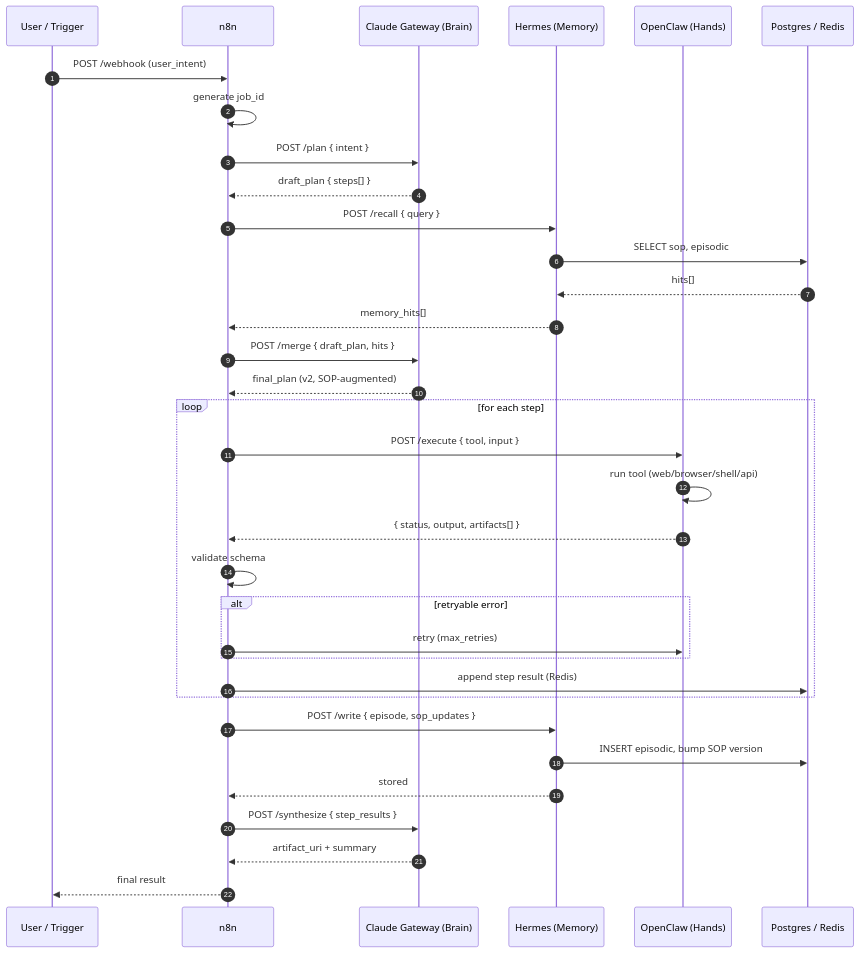
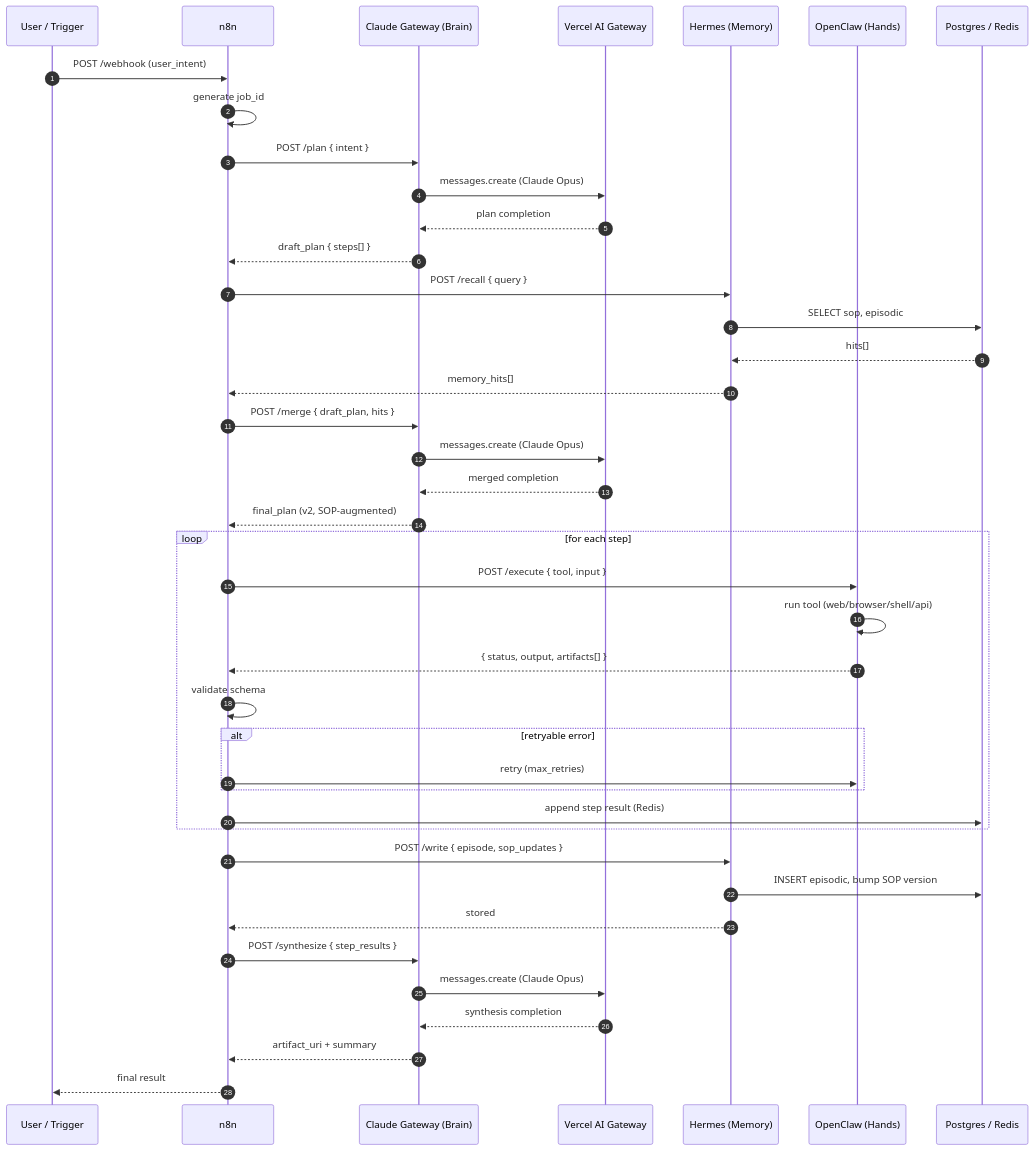
One commit to tonylnng/gateforge-loom changed the second of 6 diagrams in README.md. Above: the diagram before and after it, drawn with Mermaid. The commit also changed other lines of this file, not shown here.

First line of the commit message:
docs: 3-VM hybrid topology + Vercel AI Gateway + native install guides

````diff
--- a/README.md
+++ b/README.md
@@ -154,43 +180,51 @@
 ```mermaid
 sequenceDiagram
     autonumber
     participant U as User / Trigger
     participant N as n8n
     participant C as Claude Gateway (Brain)
+    participant VG as Vercel AI Gateway
     participant M as Hermes (Memory)
     participant O as OpenClaw (Hands)
     participant DB as Postgres / Redis
 
     U->>N: POST /webhook (user_intent)
     N->>N: generate job_id
+
     N->>C: POST /plan { intent }
+    C->>VG: messages.create (Claude Opus)
+    VG-->>C: plan completion
     C-->>N: draft_plan { steps[] }
 
     N->>M: POST /recall { query }
     M->>DB: SELECT sop, episodic
     DB-->>M: hits[]
     M-->>N: memory_hits[]
 
     N->>C: POST /merge { draft_plan, hits }
+    C->>VG: messages.create (Claude Opus)
+    VG-->>C: merged completion
     C-->>N: final_plan (v2, SOP-augmented)
 
     loop for each step
         N->>O: POST /execute { tool, input }
         O->>O: run tool (web/browser/shell/api)
         O-->>N: { status, output, artifacts[] }
         N->>N: validate schema
         alt retryable error
             N->>O: retry (max_retries)
         end
         N->>DB: append step result (Redis)
     end
 
     N->>M: POST /write { episode, sop_updates }
     M->>DB: INSERT episodic, bump SOP version
     M-->>N: stored
 
     N->>C: POST /synthesize { step_results }
+    C->>VG: messages.create (Claude Opus)
+    VG-->>C: synthesis completion
     C-->>N: artifact_uri + summary
 
     N-->>U: final result
 ```
````
